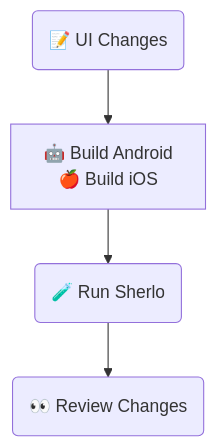
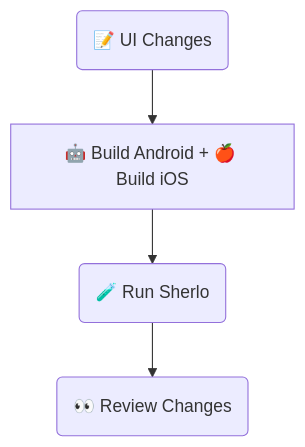
One commit to sherlo-io/sherlo changed the seventh of 10 diagrams in examples/standard/README.md. Above: the diagram before and after it, drawn with Mermaid. The commit also changed other lines of this file, not shown here.

````diff
--- a/examples/standard/README.md
+++ b/examples/standard/README.md
@@ -121,12 +121,11 @@
 ```mermaid
 flowchart TB
    UI(📝 UI Changes)
-   Builds["`🤖 Build Android
-   🍎 Build iOS`"]
+   Builds[🤖 Build Android + 🍎 Build iOS]
    Sherlo(🧪 Run Sherlo)
    Review(👀 Review Changes)
 
    UI --> Builds
    Builds --> Sherlo
    Sherlo --> Review
 ```
````
